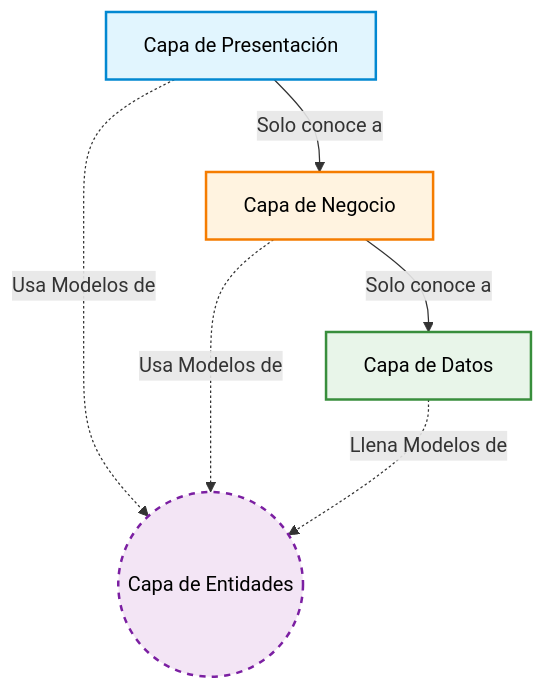
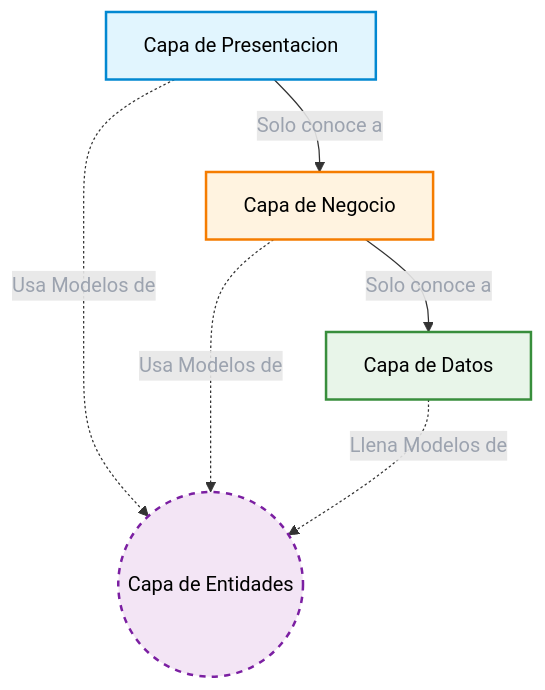
The diagram in docs/arquitectura.md (mar991-c/Manual-linQ), drawn with Mermaid before and after one commit. The commit also changed 1 other file, not shown here.

Commit message:
docs: actualizar

````diff
--- a/docs/arquitectura.md
+++ b/docs/arquitectura.md
@@ -59,20 +59,17 @@
 ```mermaid
 graph TD
-    A[Capa de Presentación] -->|Solo conoce a| B[Capa de Negocio]
+    A[Capa de Presentacion] -->|Solo conoce a| B[Capa de Negocio]
     B -->|Solo conoce a| C[Capa de Datos]
     D((Capa de Entidades))
-
+ 
     A -.->|Usa Modelos de| D
     B -.->|Usa Modelos de| D
     C -.->|Llena Modelos de| D
-
-    %% Forzar color de texto negro para todos los nodos
-    classDef darkText color:#000;
-    class A,B,C,D darkText;
-
-    %% Definición de estilos de fondo y borde
-    style A fill:#e1f5fe,stroke:#0288d1,stroke-width:2px
-    style B fill:#fff3e0,stroke:#f57c00,stroke-width:2px
-    style C fill:#e8f5e9,stroke:#388e3c,stroke-width:2px
-    style D fill:#f3e5f5,stroke:#7b1fa2,stroke-width:2px,stroke-dasharray: 5 5
+ 
+    style A fill:#e1f5fe,stroke:#0288d1,stroke-width:2px,color:#000
+    style B fill:#fff3e0,stroke:#f57c00,stroke-width:2px,color:#000
+    style C fill:#e8f5e9,stroke:#388e3c,stroke-width:2px,color:#000
+    style D fill:#f3e5f5,stroke:#7b1fa2,stroke-width:2px,stroke-dasharray: 5 5,color:#000
+ 
+    linkStyle default color:#9ca3af
 ```
````
